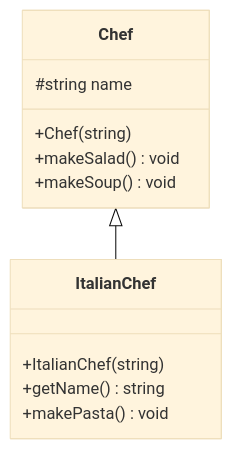
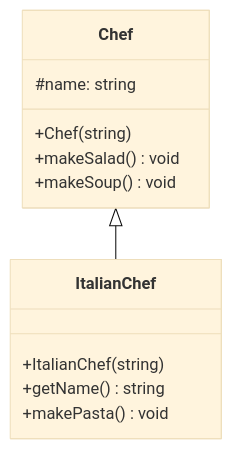
The diagram in H3a/README.md (HenkkaOAMK/oliokurssin-esimerkit), drawn with Mermaid (base theme) before and after one commit.

Commit message:
H3a luokkakaavio hienosäätö

````diff
--- a/H3a/README.md
+++ b/H3a/README.md
@@ -3,15 +3,15 @@
 ```mermaid
 classDiagram
     class Chef {
-		#string name
+		#name: string
         +Chef(string)
 		+makeSalad() void
         +makeSoup() void
 	}
 	class ItalianChef{
         +ItalianChef(string)
 		+getName() string
         +makePasta() void
 	}
 	Chef <|-- ItalianChef
 ```
````
